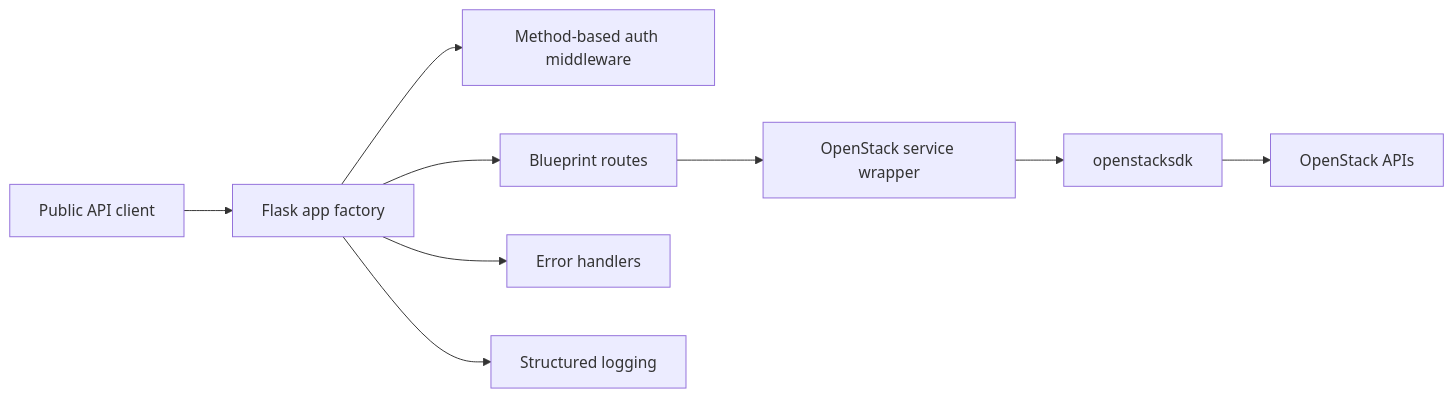
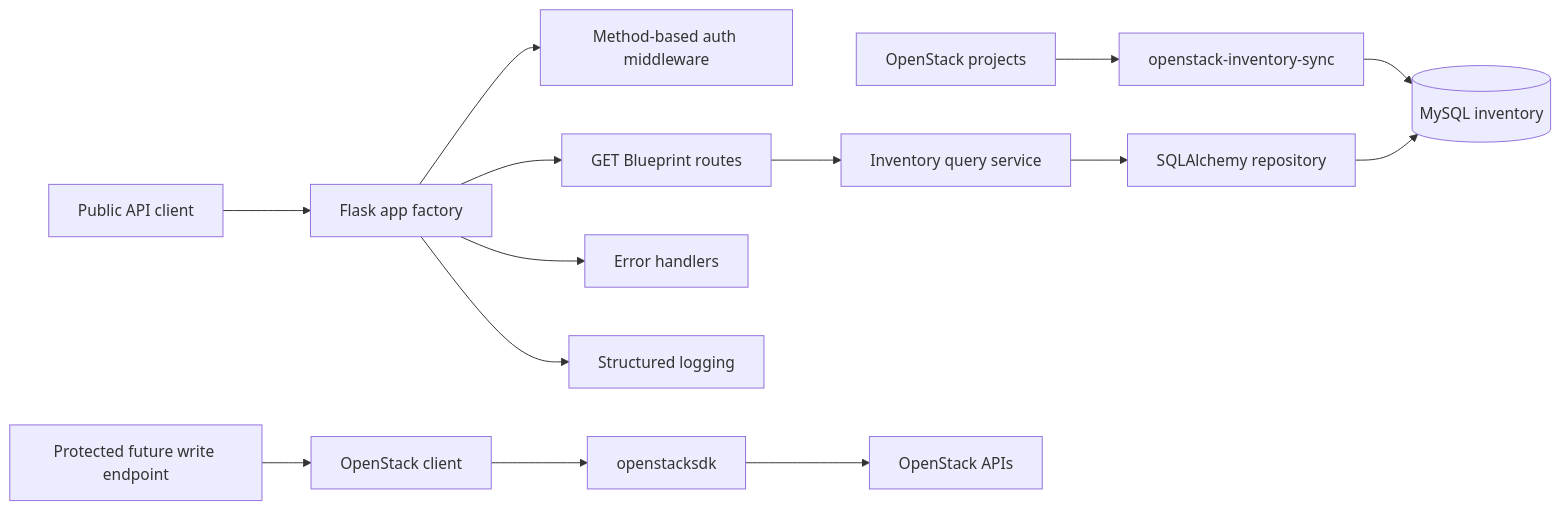
Before and after one commit to yappyslappy/openstack-middleware-api: the diagram in README.md, drawn with Mermaid. The commit also changed other lines of this file and 23 other files, not shown here.

Commit message:
Use MySQL inventory for API read endpoints

````diff
--- a/README.md
+++ b/README.md
@@ -11,11 +11,16 @@
 ```mermaid
 flowchart LR
+    OpenStackProjects[OpenStack projects] --> Sync[openstack-inventory-sync]
+    Sync --> MySQL[(MySQL inventory)]
     Client[Public API client] --> Flask[Flask app factory]
     Flask --> Auth[Method-based auth middleware]
-    Flask --> Routes[Blueprint routes]
-    Routes --> Service[OpenStack service wrapper]
-    Service --> SDK[openstacksdk]
+    Flask --> Routes[GET Blueprint routes]
+    Routes --> InventoryService[Inventory query service]
+    InventoryService --> Repository[SQLAlchemy repository]
+    Repository --> MySQL
+    Protected[Protected future write endpoint] --> OpenStackService[OpenStack client]
+    OpenStackService --> SDK[openstacksdk]
     SDK --> OpenStack[OpenStack APIs]
     Flask --> Errors[Error handlers]
     Flask --> Logs[Structured logging]
 ```
````
